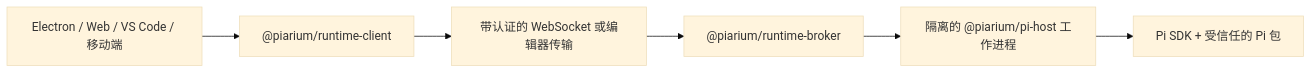
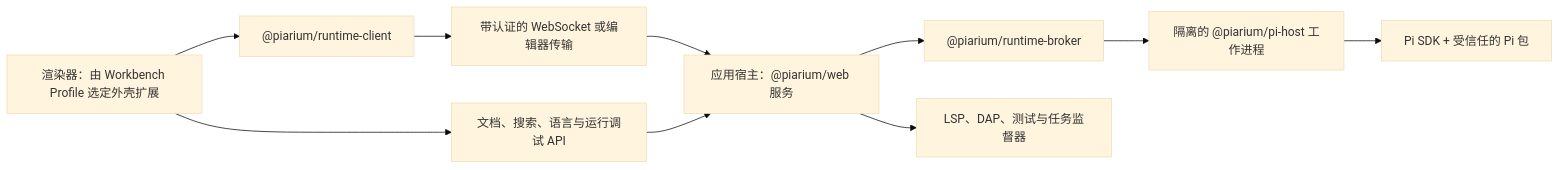
Before and after one commit to Youzini-afk/Piarium: the diagram in README.md, drawn with Mermaid (base theme). The commit also changed other lines of this file and 4 other files, not shown here.

````diff
--- a/README.md
+++ b/README.md
@@ -177,8 +189,12 @@
 ```mermaid
 flowchart LR
-    S["Electron / Web / VS Code / 移动端"] --> C["@piarium/runtime-client"]
+    S["渲染器：由 Workbench Profile 选定外壳扩展"] --> C["@piarium/runtime-client"]
+    S --> D["文档、搜索、语言与运行调试 API"]
     C --> T["带认证的 WebSocket 或编辑器传输"]
-    T --> B["@piarium/runtime-broker"]
+    T --> A["应用宿主：@piarium/web 服务"]
+    D --> A
+    A --> B["@piarium/runtime-broker"]
+    A --> L["LSP、DAP、测试与任务监督器"]
     B --> H["隔离的 @piarium/pi-host 工作进程"]
     H --> P["Pi SDK + 受信任的 Pi 包"]
 ```
````
